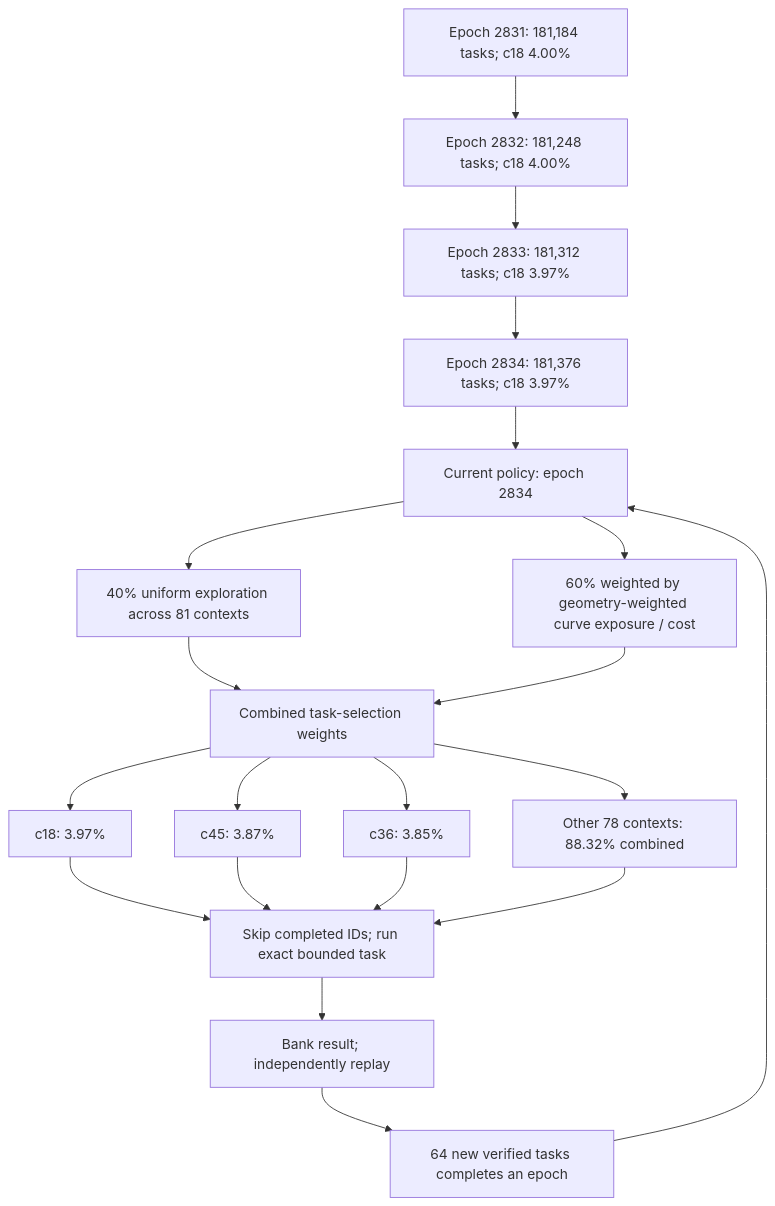
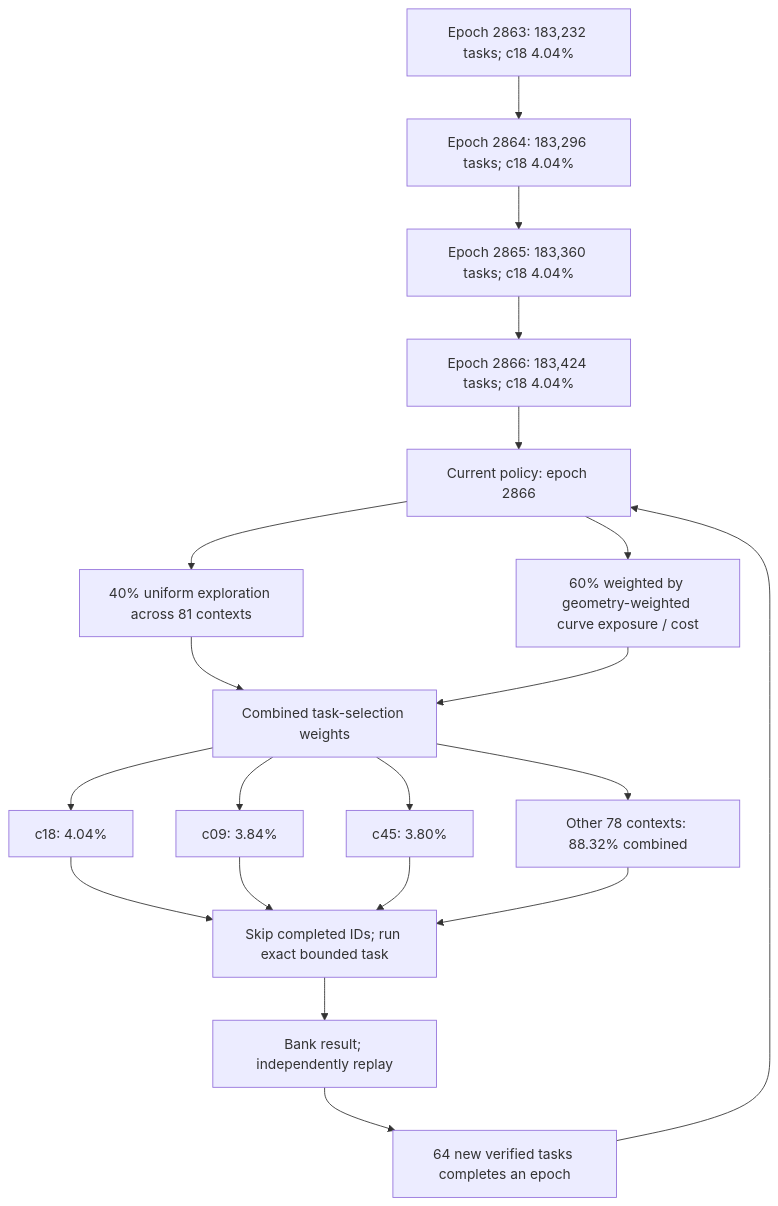
Before and after one commit to Kuberwastaken/math-gambling: the first of 3 diagrams in README.md, drawn with Mermaid. The commit also changed other lines of this file and 4052 other files, not shown here.

````diff
--- a/README.md
+++ b/README.md
@@ -56,27 +57,27 @@
 ```mermaid
 flowchart TD
-    H0["Epoch 2831: 181,184 tasks; c18 4.00%"]
-    H1["Epoch 2832: 181,248 tasks; c18 4.00%"]
+    H0["Epoch 2863: 183,232 tasks; c18 4.04%"]
+    H1["Epoch 2864: 183,296 tasks; c18 4.04%"]
     H0 --> H1
-    H2["Epoch 2833: 181,312 tasks; c18 3.97%"]
+    H2["Epoch 2865: 183,360 tasks; c18 4.04%"]
     H1 --> H2
-    H3["Epoch 2834: 181,376 tasks; c18 3.97%"]
+    H3["Epoch 2866: 183,424 tasks; c18 4.04%"]
     H2 --> H3
-    Policy["Current policy: epoch 2834"]
+    Policy["Current policy: epoch 2866"]
     H3 --> Policy
     Policy --> Explore["40% uniform exploration across 81 contexts"]
     Policy --> Cost["60% weighted by geometry-weighted curve exposure / cost"]
     Explore --> Mix["Combined task-selection weights"]
     Cost --> Mix
-    Mix --> C0["c18: 3.97%"]
-    Mix --> C1["c45: 3.87%"]
-    Mix --> C2["c36: 3.85%"]
+    Mix --> C0["c18: 4.04%"]
+    Mix --> C1["c09: 3.84%"]
+    Mix --> C2["c45: 3.80%"]
     Mix --> Rest["Other 78 contexts: 88.32% combined"]
     C0 --> Check["Skip completed IDs; run exact bounded task"]
     C1 --> Check
     C2 --> Check
     Rest --> Check
     Check --> Replay["Bank result; independently replay"]
     Replay --> Gate["64 new verified tasks completes an epoch"]
     Gate --> Policy
 ```
````
